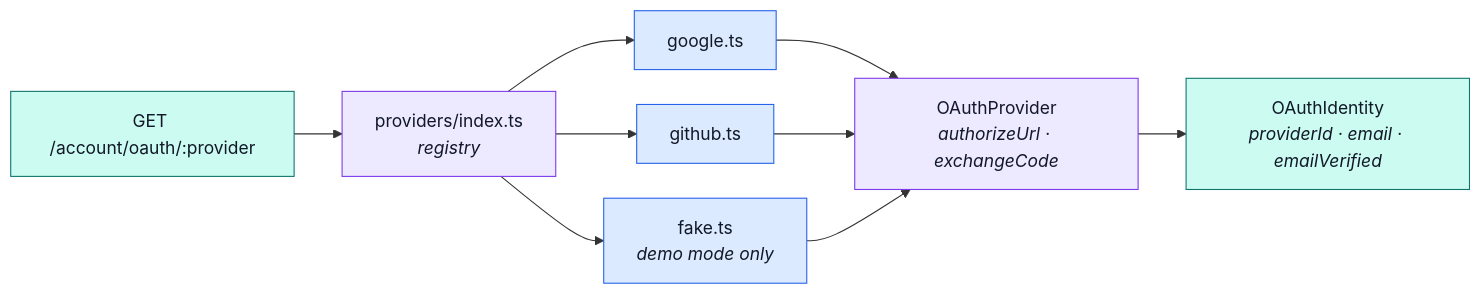
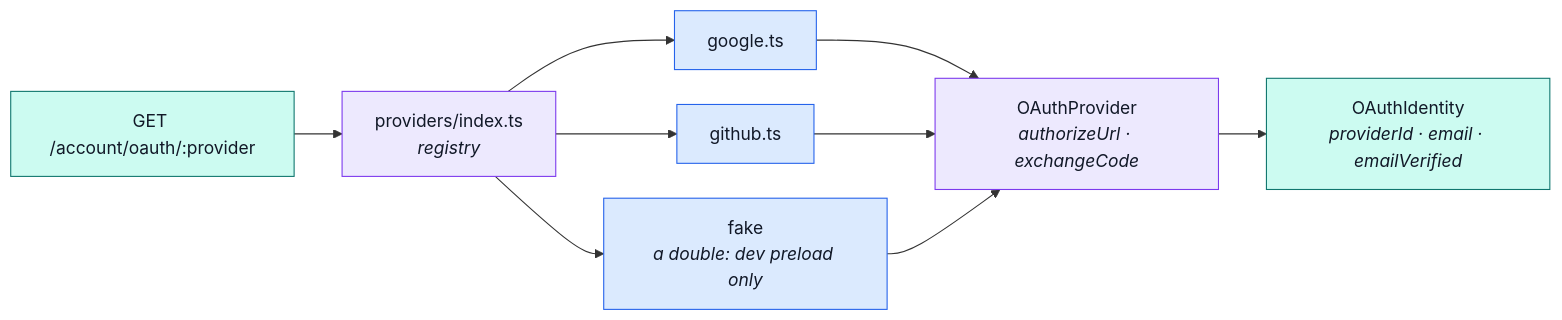
One commit to Guebbit/boilerplate-node-backend changed the first of 3 diagrams in docs/modules/account-oauth.md. Above: the diagram before and after it, drawn with Mermaid. The commit also changed other lines of this file and 63 other files, not shown here.

````diff
--- a/docs/modules/account-oauth.md
+++ b/docs/modules/account-oauth.md
@@ -24,19 +24,19 @@
 ```mermaid
 %%{init: {'flowchart': {'nodeSpacing': 32, 'rankSpacing': 44}}}%%
 flowchart LR
     R["GET /account/oauth/:provider"] --> RG["providers/index.ts<br/><i>registry</i>"]
     RG --> G["google.ts"]
     RG --> H["github.ts"]
-    RG --> F["fake.ts<br/><i>demo mode only</i>"]
+    RG --> F["fake<br/><i>a double: dev preload only</i>"]
     G --> P["OAuthProvider<br/><i>authorizeUrl · exchangeCode</i>"]
     H --> P
     F --> P
     P --> ID["OAuthIdentity<br/><i>providerId · email · emailVerified</i>"]
 
     classDef port fill:#ede9fe,stroke:#7c3aed,color:#111827;
     classDef impl fill:#dbeafe,stroke:#2563eb,color:#111827;
     classDef out fill:#ccfbf1,stroke:#0f766e,color:#111827;
     class P,RG port;
     class G,H,F impl;
     class ID,R out;
 ```
````
